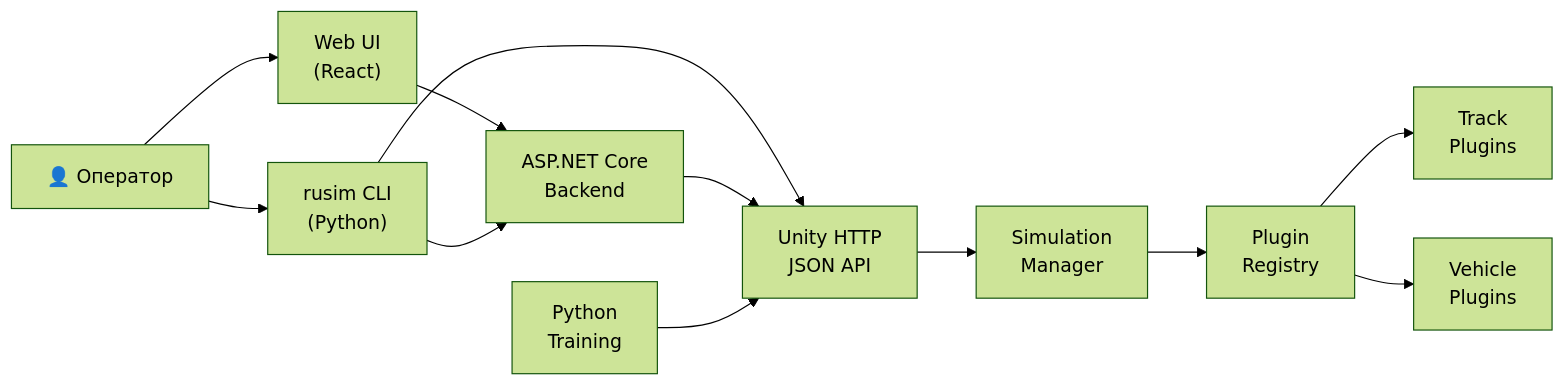
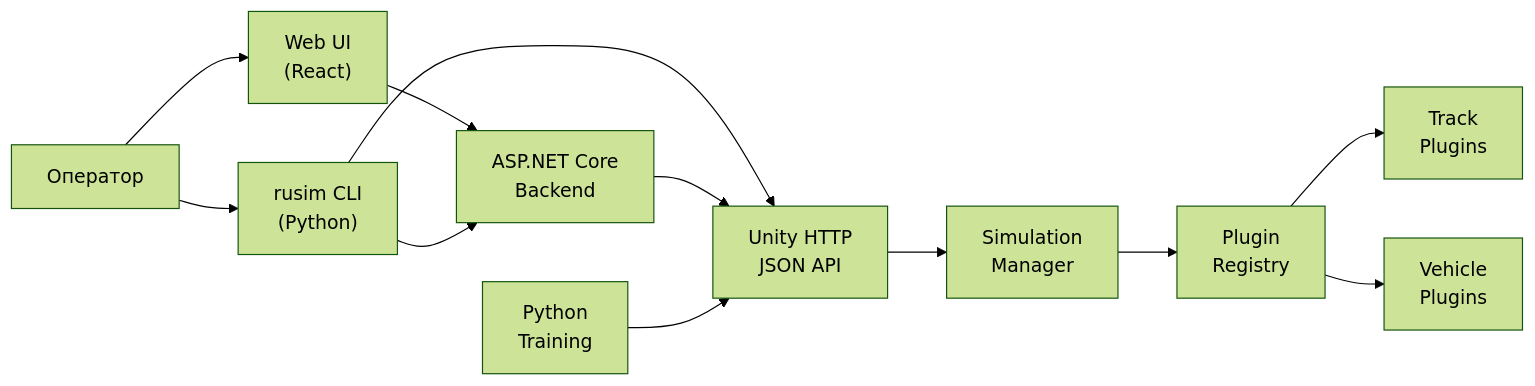
The second of 23 diagrams in docs/report/prediploma-practice/sprint-1-changelog.md (uav-simulator/uavsimulator), drawn with Mermaid (forest theme) before and after one commit. The commit also changed other lines of this file and 23 other files, not shown here.

````diff
--- a/docs/report/prediploma-practice/sprint-1-changelog.md
+++ b/docs/report/prediploma-practice/sprint-1-changelog.md
@@ -114,25 +114,25 @@
 ```mermaid
 flowchart LR
-    User["👤 Оператор"]
+    User["Оператор"]
     UI["Web UI\n(React)"]
     CLI["rusim CLI\n(Python)"]
     Backend["ASP.NET Core\nBackend"]
     SimAPI["Unity HTTP\nJSON API"]
     SimCore["Simulation\nManager"]
     Plugins["Plugin\nRegistry"]
     Track["Track\nPlugins"]
     Vehicle["Vehicle\nPlugins"]
     Python["Python\nTraining"]
 
     User --> UI
     User --> CLI
     UI --> Backend
     CLI --> SimAPI
     CLI --> Backend
     Backend --> SimAPI
     SimAPI --> SimCore
     SimCore --> Plugins
     Plugins --> Track
     Plugins --> Vehicle
     Python --> SimAPI
 ```
````
